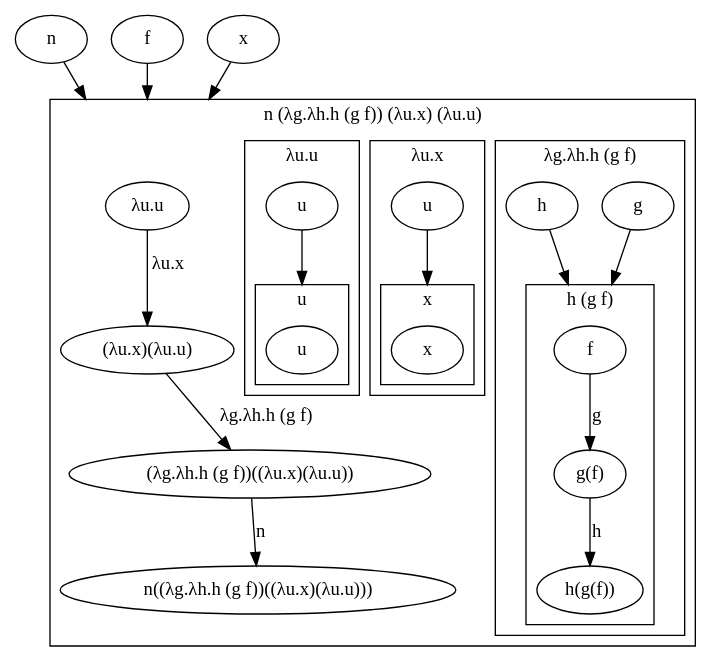
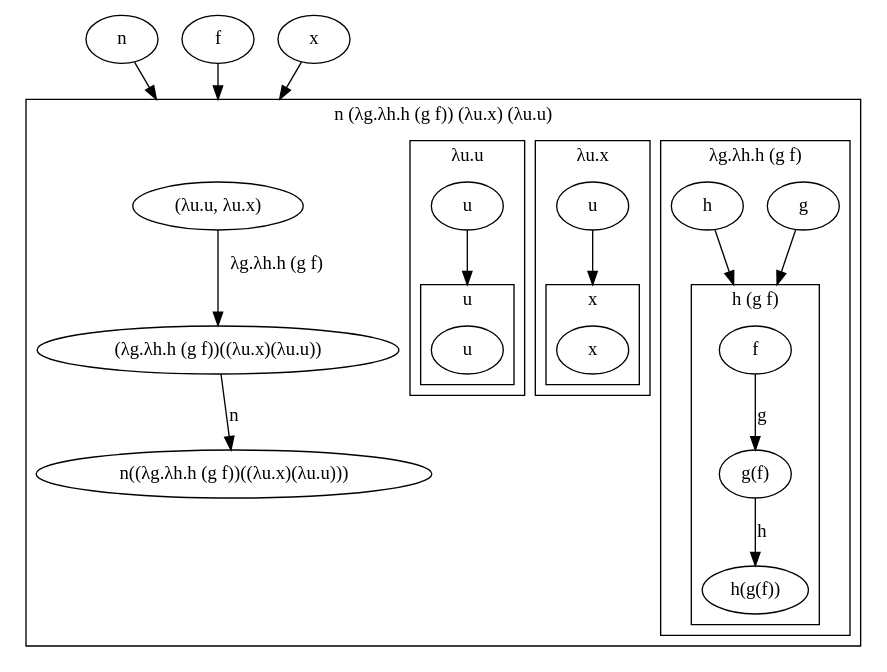
Before and after one commit to frankymacster/category-theory-graphviz: the seventh of 9 diagrams in lambda-calculus.md, drawn with Graphviz. The commit also changed other lines of this file, not shown here.

````diff
--- a/lambda-calculus.md
+++ b/lambda-calculus.md
@@ -152,73 +152,71 @@
 ```graphviz
 digraph G {
   compound="true"
   "n"
   "f"
   "x0" [label="x"]
 
   subgraph cluster0 {
     label="n (λg.λh.h (g f)) (λu.x) (λu.u)"
 
-    "λu.u"
-    "(λu.x)(λu.u)"
+    "(λu.u, λu.x)"
     "(λg.λh.h (g f))((λu.x)(λu.u))"
     "n((λg.λh.h (g f))((λu.x)(λu.u)))"
 
     subgraph cluster00 {
       compound="true"
       label="λg.λh.h (g f)"
 
       "00g" [label="g"]
       "00h" [label="h"]
 
       subgraph cluster000 {
         label="h (g f)"
 
         "000f" [label="f"]
 
         "000f" -> "g(f)" [label="g"]
         "g(f)" -> "h(g(f))" [label="h"]
       }
 
       "00g" -> "000f" [lhead="cluster000"]
       "00h" -> "000f" [lhead="cluster000"]
     }
 
     subgraph cluster01 {
       label="λu.x"
 
       "u0" [label="u"]
 
       subgraph cluster010 {
         label="x"
 
         "x"
       }
 
       "u0" -> "x" [lhead="cluster010"]
     }
 
     subgraph cluster10 {
       label="λu.u"
 
       "u1" [label="u"]
 
       subgraph cluster100 {
         label="u"
 
         "u2" [label="u"]
       }
 
       "u1" -> "u2" [lhead="cluster100"]
     }
   }
 
-  "n" -> "λu.u" [lhead="cluster0"]
-  "f" -> "λu.u" [lhead="cluster0"]
-  "x0" -> "λu.u" [lhead="cluster0"]
+  "n" -> "(λu.u, λu.x)" [lhead="cluster0"]
+  "f" -> "(λu.u, λu.x)" [lhead="cluster0"]
+  "x0" -> "(λu.u, λu.x)" [lhead="cluster0"]
 
-  "λu.u" -> "(λu.x)(λu.u)" [label="λu.x"]
-  "(λu.x)(λu.u)" -> "(λg.λh.h (g f))((λu.x)(λu.u))" [label="λg.λh.h (g f)"]
+  "(λu.u, λu.x)" -> "(λg.λh.h (g f))((λu.x)(λu.u))" [label="λg.λh.h (g f)"]
   "(λg.λh.h (g f))((λu.x)(λu.u))" -> "n((λg.λh.h (g f))((λu.x)(λu.u)))" [label="n"]
 }
 ```
````
